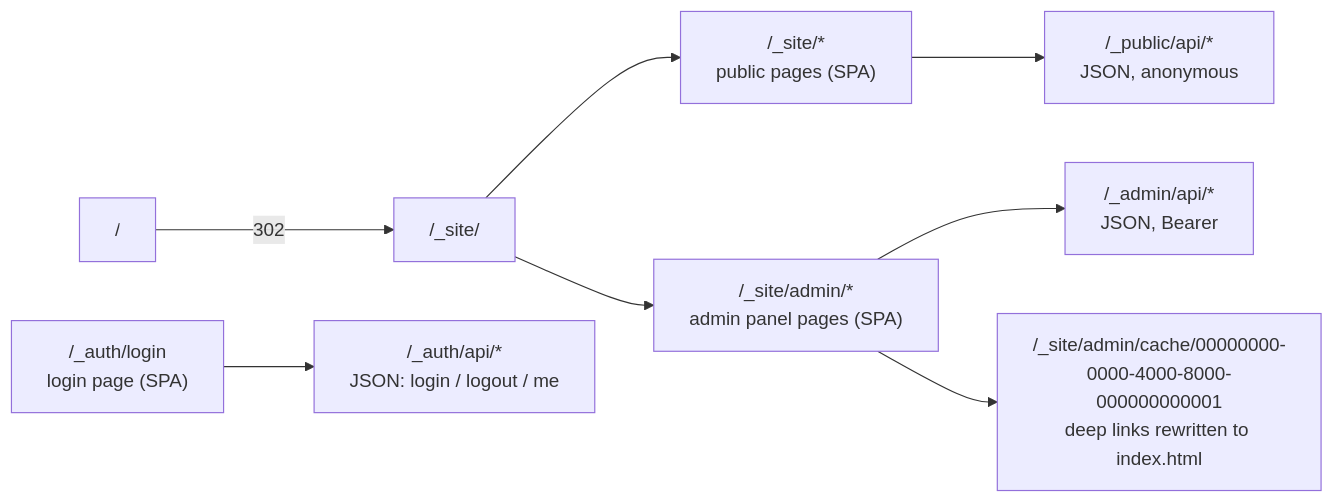
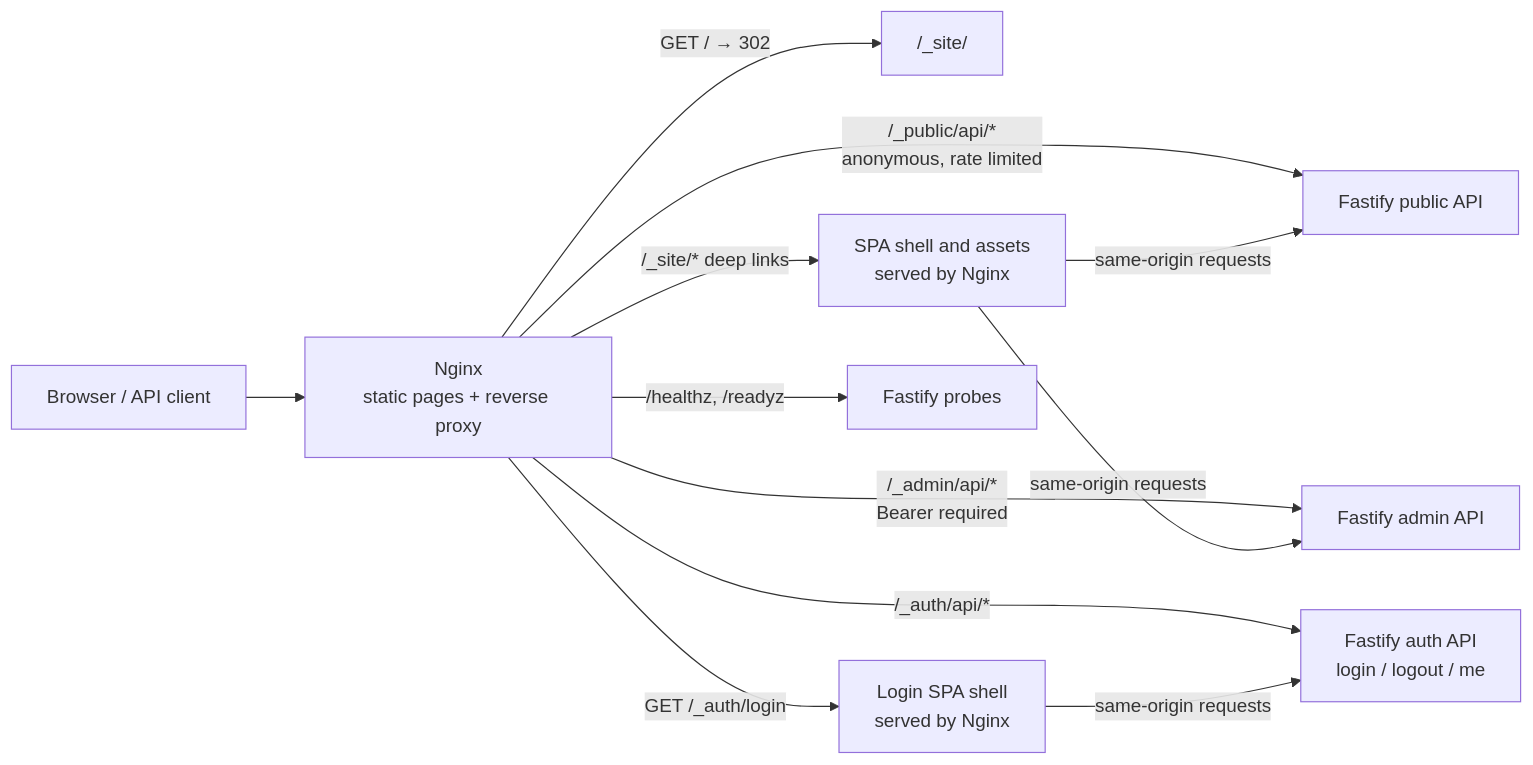
One commit to komeilm76/mapirror changed the fourth of 11 diagrams in docs/06-diagrams.md. Above: the diagram before and after it, drawn with Mermaid. The commit also changed other lines of this file and 6 other files, not shown here.

Commit message:
docs: reverify API contracts and refresh diagrams

````diff
--- a/docs/06-diagrams.md
+++ b/docs/06-diagrams.md
@@ -62,11 +77,14 @@
 ```mermaid
 flowchart LR
-  root["/"] -->|302| site["/_site/"]
-  site --> pages["/_site/*\npublic pages (SPA)"]
-  site --> adm["/_site/admin/*\nadmin panel pages (SPA)"]
-  login["/_auth/login\nlogin page (SPA)"]
-  pages --> papi["/_public/api/*\nJSON, anonymous"]
-  adm --> aapi["/_admin/api/*\nJSON, Bearer"]
-  login --> auth["/_auth/api/*\nJSON: login / logout / me"]
-  adm --> dash["/_site/admin/cache/00000000-0000-4000-8000-000000000001\ndeep links rewritten to index.html"]
+  browser["Browser / API client"] --> nginx["Nginx\nstatic pages + reverse proxy"]
+  nginx -->|GET / → 302| root["/_site/"]
+  nginx -->|/_site/* deep links| spa["SPA shell and assets\nserved by Nginx"]
+  nginx -->|GET /_auth/login| login["Login SPA shell\nserved by Nginx"]
+  nginx -->|/_auth/api/*| auth["Fastify auth API\nlogin / logout / me"]
+  nginx -->|/_admin/api/*\nBearer required| admin["Fastify admin API"]
+  nginx -->|/_public/api/*\nanonymous, rate limited| public["Fastify public API"]
+  nginx -->|/healthz, /readyz| probes["Fastify probes"]
+  spa -->|same-origin requests| public
+  spa -->|same-origin requests| admin
+  login -->|same-origin requests| auth
 ```
````
